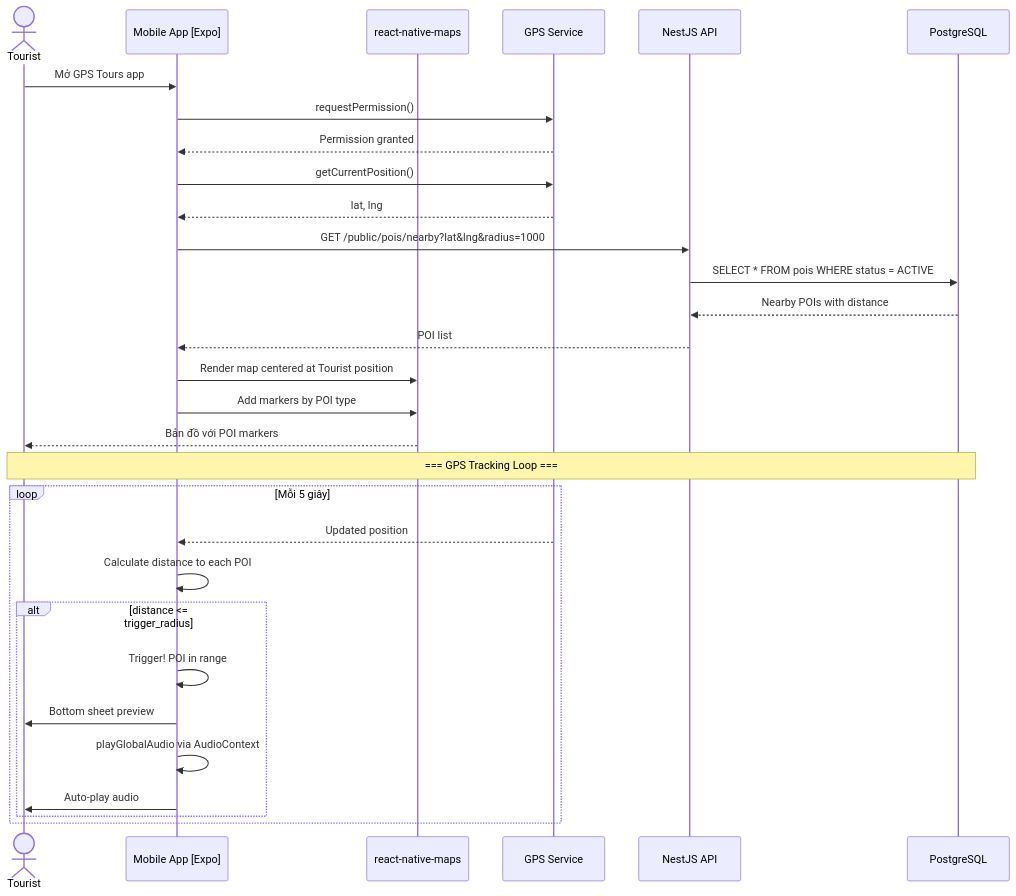
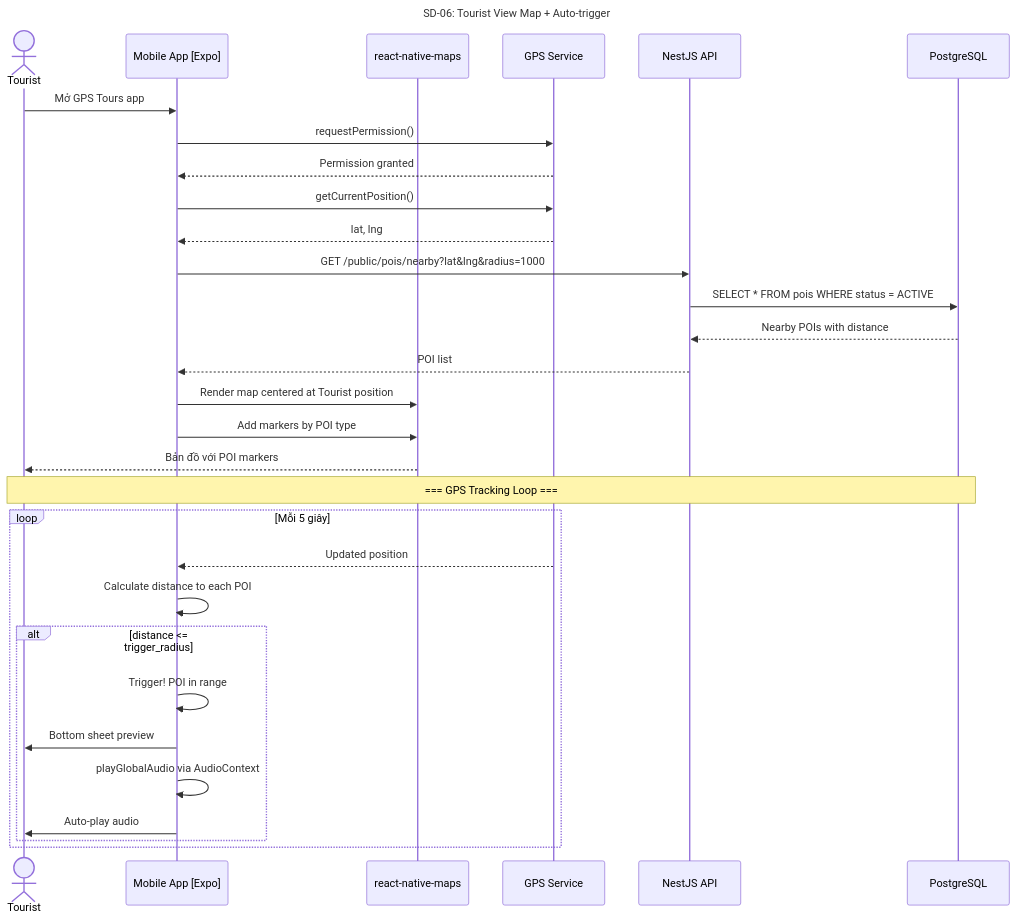
One commit to Ttuandatt/Seminar changed the sixth of 17 diagrams in docs/step3_prd/15_sequence_diagrams.md. Above: the diagram before and after it, drawn with Mermaid. The commit also changed other lines of this file, not shown here.

Commit message:
docs(sequence): add title labels to all 17 mermaid sequence diagrams for draw.io identification

````diff
--- a/docs/step3_prd/15_sequence_diagrams.md
+++ b/docs/step3_prd/15_sequence_diagrams.md
@@ -257,37 +262,38 @@
 ```mermaid
 sequenceDiagram
+    title SD-06: Tourist View Map + Auto-trigger
     actor Tourist
     participant App as Mobile App [Expo]
     participant Map as react-native-maps
     participant GPS as GPS Service
     participant API as NestJS API
     participant DB as PostgreSQL
 
     Tourist->>App: Mở GPS Tours app
     App->>GPS: requestPermission()
     GPS-->>App: Permission granted
     App->>GPS: getCurrentPosition()
     GPS-->>App: lat, lng
 
     App->>API: GET /public/pois/nearby?lat&lng&radius=1000
     API->>DB: SELECT * FROM pois WHERE status = ACTIVE
     DB-->>API: Nearby POIs with distance
     API-->>App: POI list
 
     App->>Map: Render map centered at Tourist position
     App->>Map: Add markers by POI type
     Map-->>Tourist: Bản đồ với POI markers
 
     Note over Tourist, DB: === GPS Tracking Loop ===
     loop Mỗi 5 giây
         GPS-->>App: Updated position
         App->>App: Calculate distance to each POI
         
         alt distance <= trigger_radius
             App->>App: Trigger! POI in range
             App->>Tourist: Bottom sheet preview
             App->>App: playGlobalAudio via AudioContext
             App->>Tourist: Auto-play audio
         end
     end
 ```
````
